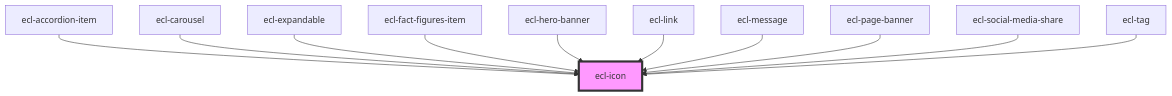
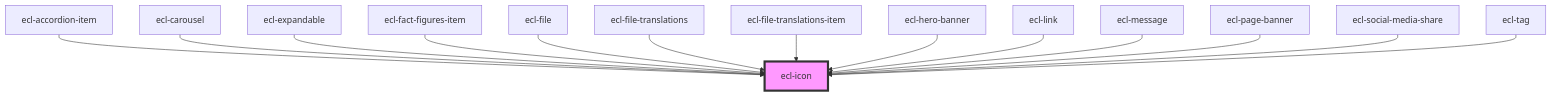
One commit to ec-europa/ecl-webcomponents changed the diagram in src/components/ecl-icon/readme.md. Above: the diagram before and after it, drawn with Mermaid. The commit also changed other lines of this file and 25 other files, not shown here.

````diff
--- a/src/components/ecl-icon/readme.md
+++ b/src/components/ecl-icon/readme.md
@@ -36,14 +39,17 @@
 ```mermaid
 graph TD;
   ecl-accordion-item --> ecl-icon
   ecl-carousel --> ecl-icon
   ecl-expandable --> ecl-icon
   ecl-fact-figures-item --> ecl-icon
+  ecl-file --> ecl-icon
+  ecl-file-translations --> ecl-icon
+  ecl-file-translations-item --> ecl-icon
   ecl-hero-banner --> ecl-icon
   ecl-link --> ecl-icon
   ecl-message --> ecl-icon
   ecl-page-banner --> ecl-icon
   ecl-social-media-share --> ecl-icon
   ecl-tag --> ecl-icon
   style ecl-icon fill:#f9f,stroke:#333,stroke-width:4px
 ```
````
